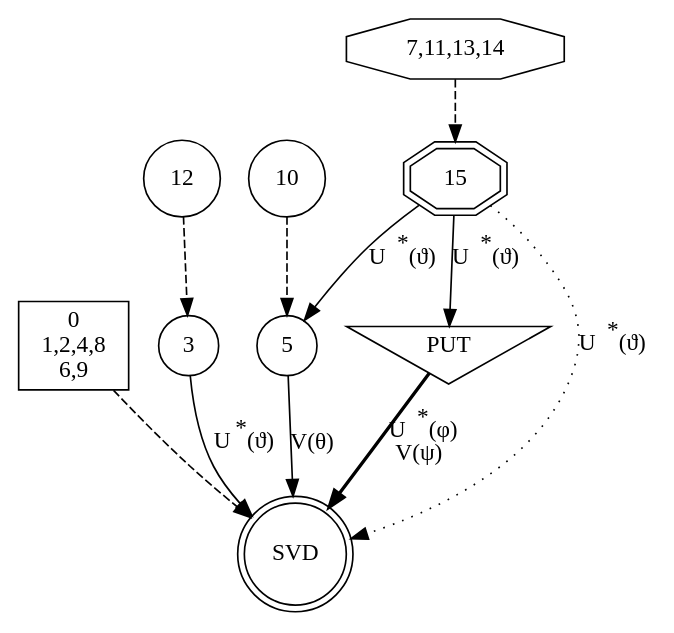
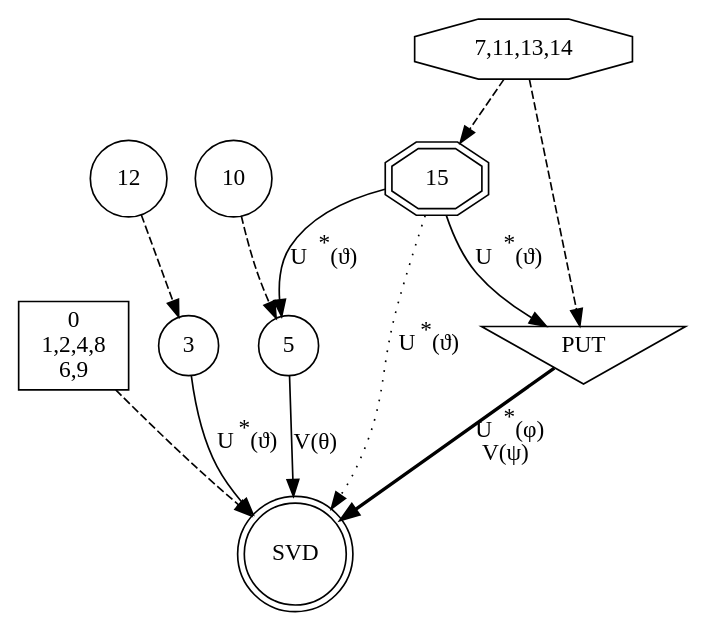
The diagram in var/sv2.dot (venovako/libpvn), drawn with Graphviz before and after one commit. The commit also changed 1 other file, not shown here.

```diff
--- a/var/sv2.dot
+++ b/var/sv2.dot
@@ -1,23 +1,24 @@
 strict digraph sv2 {
     {
         0124869 [shape=box,label="0\n1,2,4,8\n6,9"]
         3 [shape=circle]
         5 [shape=circle]
         7111314 [shape=octagon,label="7,11,13,14"]
         10 [shape=circle]
         12 [shape=circle]
         15 [shape=doubleoctagon]
         PUT [shape=invtriangle]
         SVD [shape=doublecircle]
     }
     0124869 -> SVD [style=dashed]
     3 -> SVD [label=<U<SUP>*</SUP>(ϑ)>]
     7111314 -> 15 [style=dashed]
+    7111314 -> PUT [style=dashed]
     12 -> 3 [style=dashed]
     PUT -> SVD [label=< U<SUP>*</SUP>(φ)<BR/> V(ψ)>,style=bold]
     5 -> SVD [label=< V(θ)>]
     10 -> 5 [style=dashed]
     15 -> 5 [label=< U<SUP>*</SUP>(ϑ)>]
-    15 -> SVD [label=< U<SUP>*</SUP>(ϑ)>,style=dotted]
+    15 -> SVD [label=<U<SUP>*</SUP>(ϑ)>,style=dotted]
     15 -> PUT [label=< U<SUP>*</SUP>(ϑ)>]
 }
```
